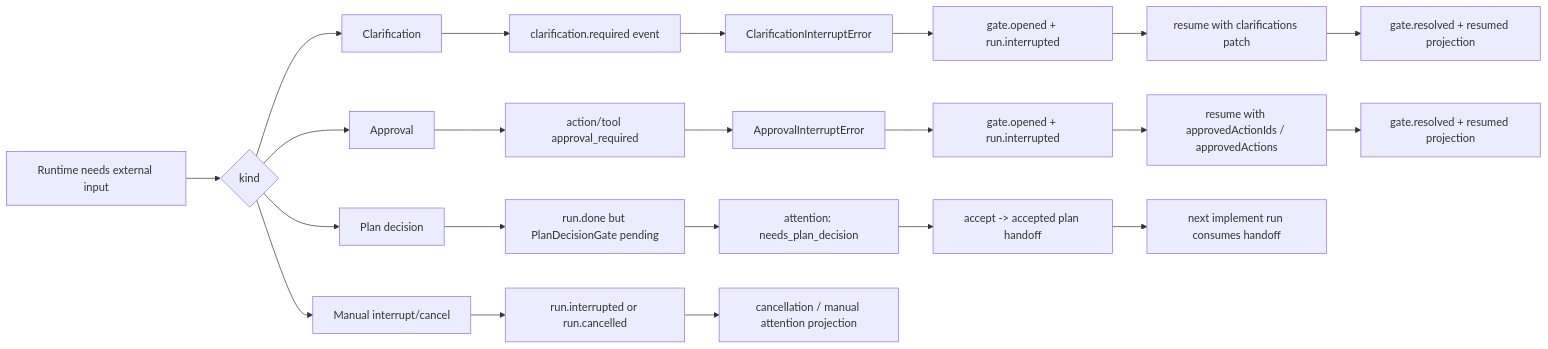
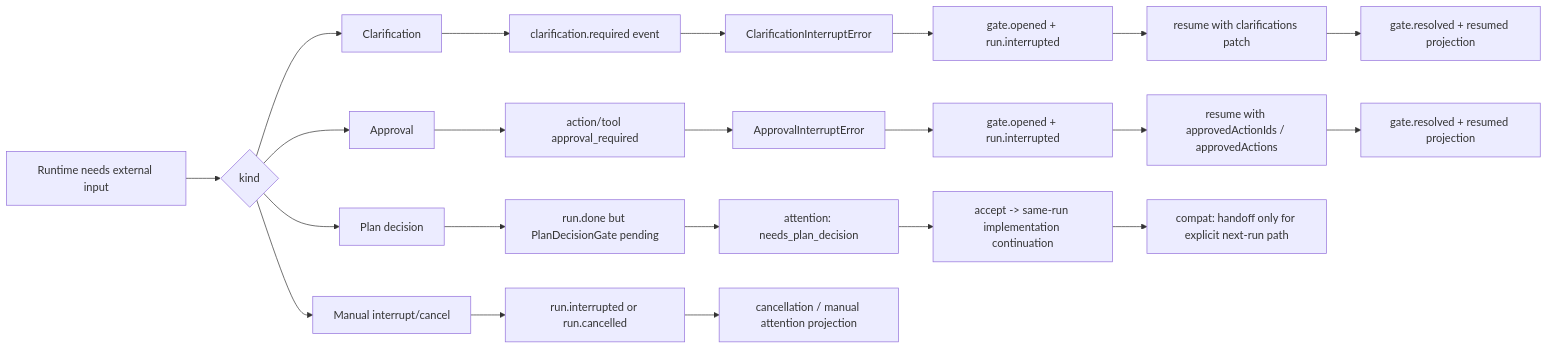
Before and after one commit to cemeworm/Ora: the sixth of 8 diagrams in docs/ora-runtime-loop.md, drawn with Mermaid. The commit also changed other lines of this file and 5 other files, not shown here.

````diff
--- a/docs/ora-runtime-loop.md
+++ b/docs/ora-runtime-loop.md
@@ -392,28 +397,28 @@
 ```mermaid
 flowchart LR
   A["Runtime needs external input"] --> B{"kind"}
   B --> C["Clarification"]
   B --> D["Approval"]
   B --> E["Plan decision"]
   B --> F["Manual interrupt/cancel"]
 
   C --> C1["clarification.required event"]
   C1 --> C2["ClarificationInterruptError"]
   C2 --> C3["gate.opened + run.interrupted"]
   C3 --> C4["resume with clarifications patch"]
   C4 --> C5["gate.resolved + resumed projection"]
 
   D --> D1["action/tool approval_required"]
   D1 --> D2["ApprovalInterruptError"]
   D2 --> D3["gate.opened + run.interrupted"]
   D3 --> D4["resume with approvedActionIds / approvedActions"]
   D4 --> D5["gate.resolved + resumed projection"]
 
   E --> E1["run.done but PlanDecisionGate pending"]
   E1 --> E2["attention: needs_plan_decision"]
-  E2 --> E3["accept -> accepted plan handoff"]
-  E3 --> E4["next implement run consumes handoff"]
+  E2 --> E3["accept -> same-run implementation continuation"]
+  E3 --> E4["compat: handoff only for explicit next-run path"]
 
   F --> F1["run.interrupted or run.cancelled"]
   F1 --> F2["cancellation / manual attention projection"]
 ```
````
